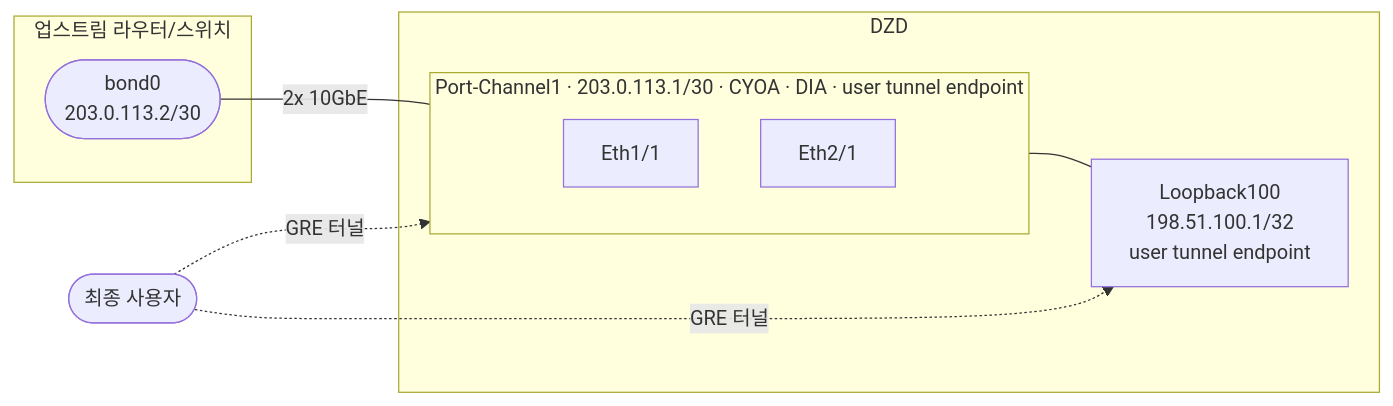
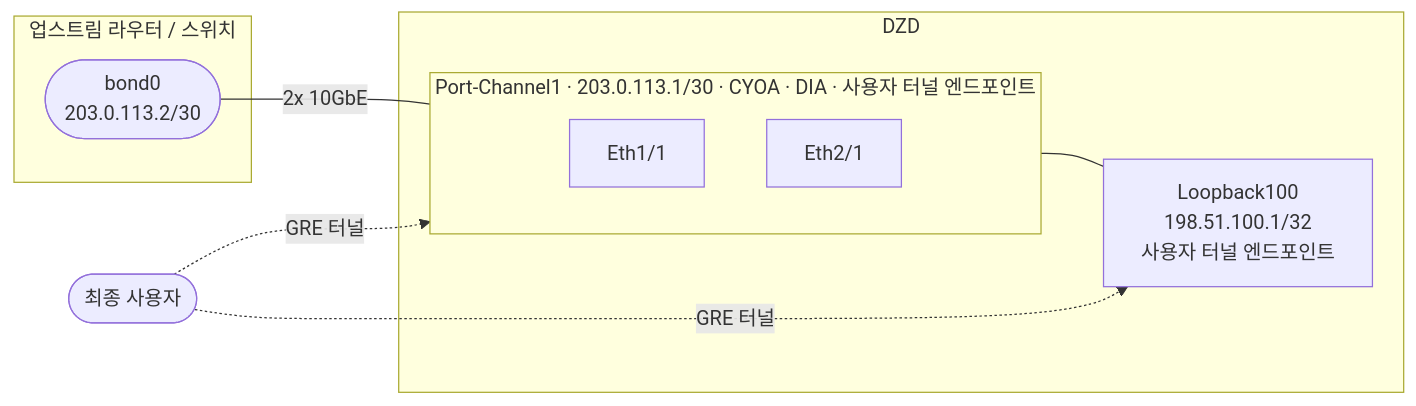
One commit to malbeclabs/docs changed the ninth of 13 diagrams in docs/contribute-provisioning.ko.md. Above: the diagram before and after it, drawn with Mermaid. The commit also changed other lines of this file and 160 other files, not shown here.

````diff
--- a/docs/contribute-provisioning.ko.md
+++ b/docs/contribute-provisioning.ko.md
@@ -439,23 +507,23 @@
 ```mermaid
 flowchart LR
     USERS(["최종 사용자"])
 
-    subgraph SW["업스트림 라우터/스위치"]
+    subgraph SW["업스트림 라우터 / 스위치"]
         SWPC(["bond0
         203.0.113.2/30"])
     end
 
     subgraph DZD["DZD"]
-        subgraph PC["Port-Channel1 · 203.0.113.1/30 · CYOA · DIA · user tunnel endpoint"]
+        subgraph PC["Port-Channel1 · 203.0.113.1/30 · CYOA · DIA · 사용자 터널 엔드포인트"]
             E1["Eth1/1"]
             E2["Eth2/1"]
         end
         LO["Loopback100
-        198.51.100.1/32\n        user tunnel endpoint"]
+        198.51.100.1/32\n        사용자 터널 엔드포인트"]
         PC --- LO
     end
 
     SWPC -- "2x 10GbE" --- PC
     USERS -. "GRE 터널" .-> PC
     USERS -. "GRE 터널" .-> LO
 ```
````
